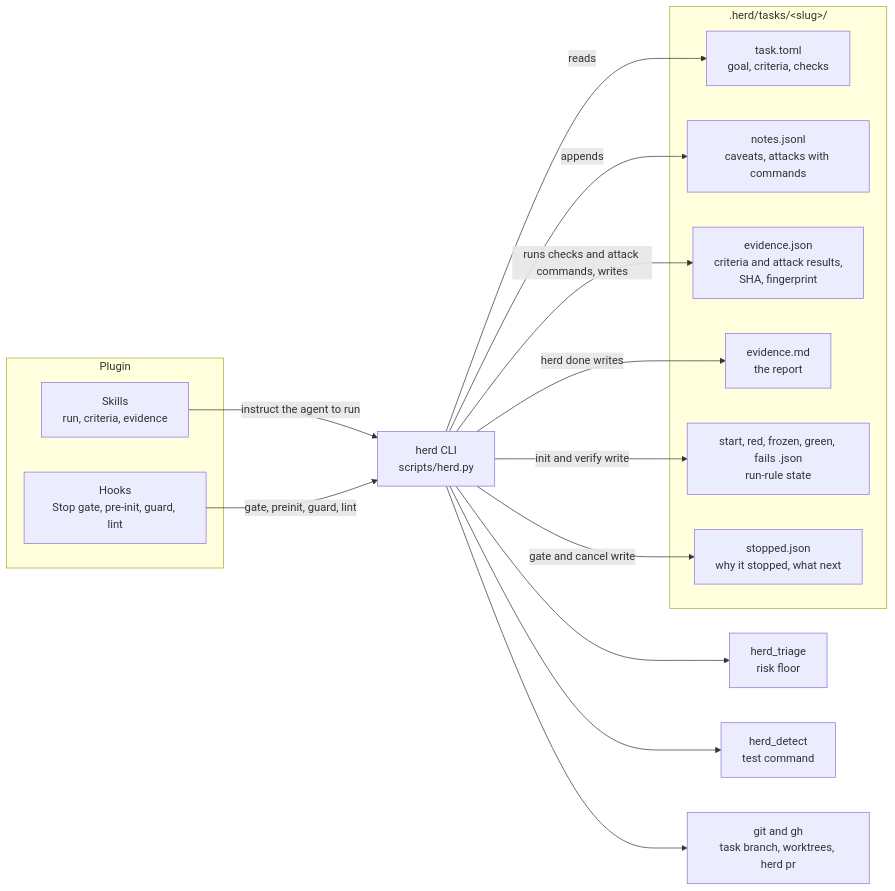
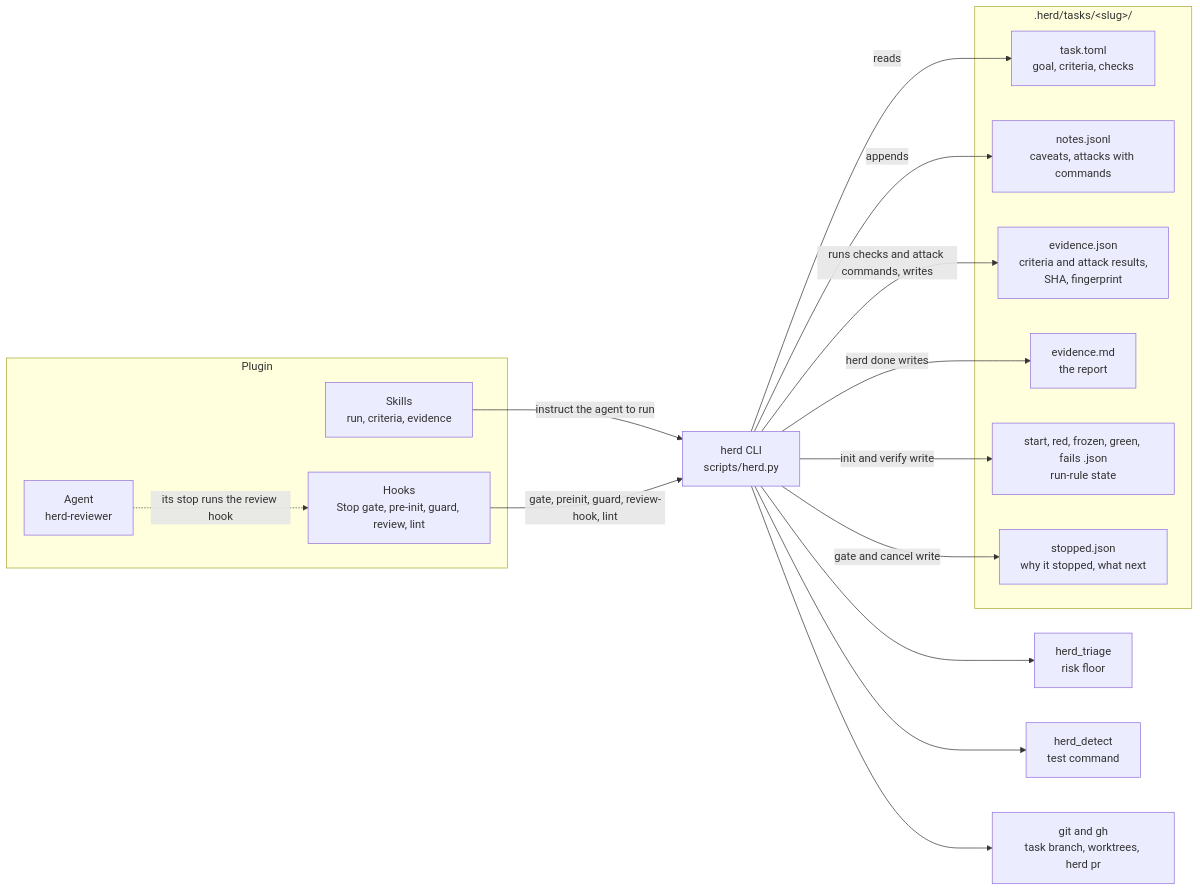
The second of 2 diagrams in README.md (Beovulfo/herd-sdlc), drawn with Mermaid before and after one commit. The commit also changed other lines of this file and 13 other files, not shown here.

First line of the commit message:
Herd 0.7.0: tier-up review recorded by a hook (#17)

````diff
--- a/README.md
+++ b/README.md
@@ -139,30 +139,32 @@
 ```mermaid
 flowchart LR
     subgraph Plugin
         S["Skills<br/>run, criteria, evidence"]
-        H["Hooks<br/>Stop gate, pre-init, guard, lint"]
+        H["Hooks<br/>Stop gate, pre-init, guard, review, lint"]
+        A["Agent<br/>herd-reviewer"]
     end
     CLI["herd CLI<br/>scripts/herd.py"]
     T["herd_triage<br/>risk floor"]
     D["herd_detect<br/>test command"]
     G["git and gh<br/>task branch, worktrees, herd pr"]
     subgraph State[".herd/tasks/&lt;slug&gt;/"]
         TT["task.toml<br/>goal, criteria, checks"]
         NO["notes.jsonl<br/>caveats, attacks with commands"]
         EV["evidence.json<br/>criteria and attack results,<br/>SHA, fingerprint"]
         RP["evidence.md<br/>the report"]
         RR["start, red, frozen, green, fails .json<br/>run-rule state"]
         SR["stopped.json<br/>why it stopped, what next"]
     end
     S -->|instruct the agent to run| CLI
-    H -->|gate, preinit, guard, lint| CLI
+    H -->|gate, preinit, guard, review-hook, lint| CLI
+    A -.->|its stop runs the review hook| H
     CLI --> T
     CLI --> D
     CLI --> G
     CLI -->|reads| TT
     CLI -->|appends| NO
     CLI -->|runs checks and attack commands, writes| EV
     CLI -->|herd done writes| RP
     CLI -->|init and verify write| RR
     CLI -->|gate and cancel write| SR
 ```
````
